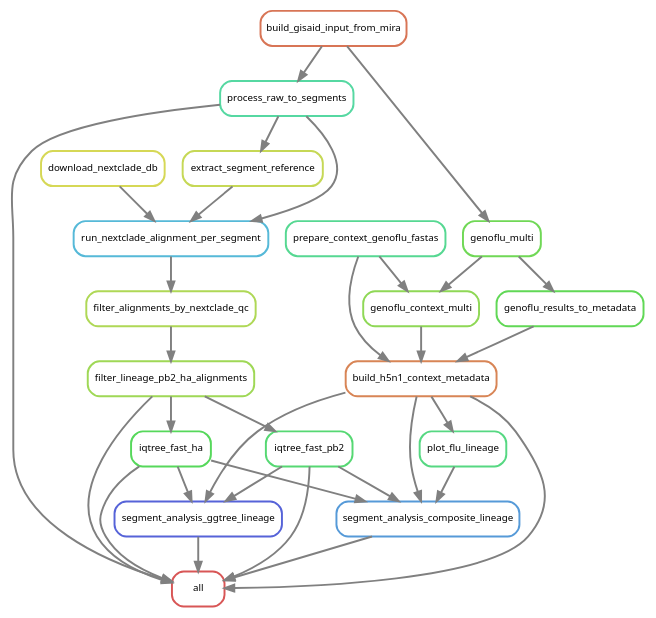
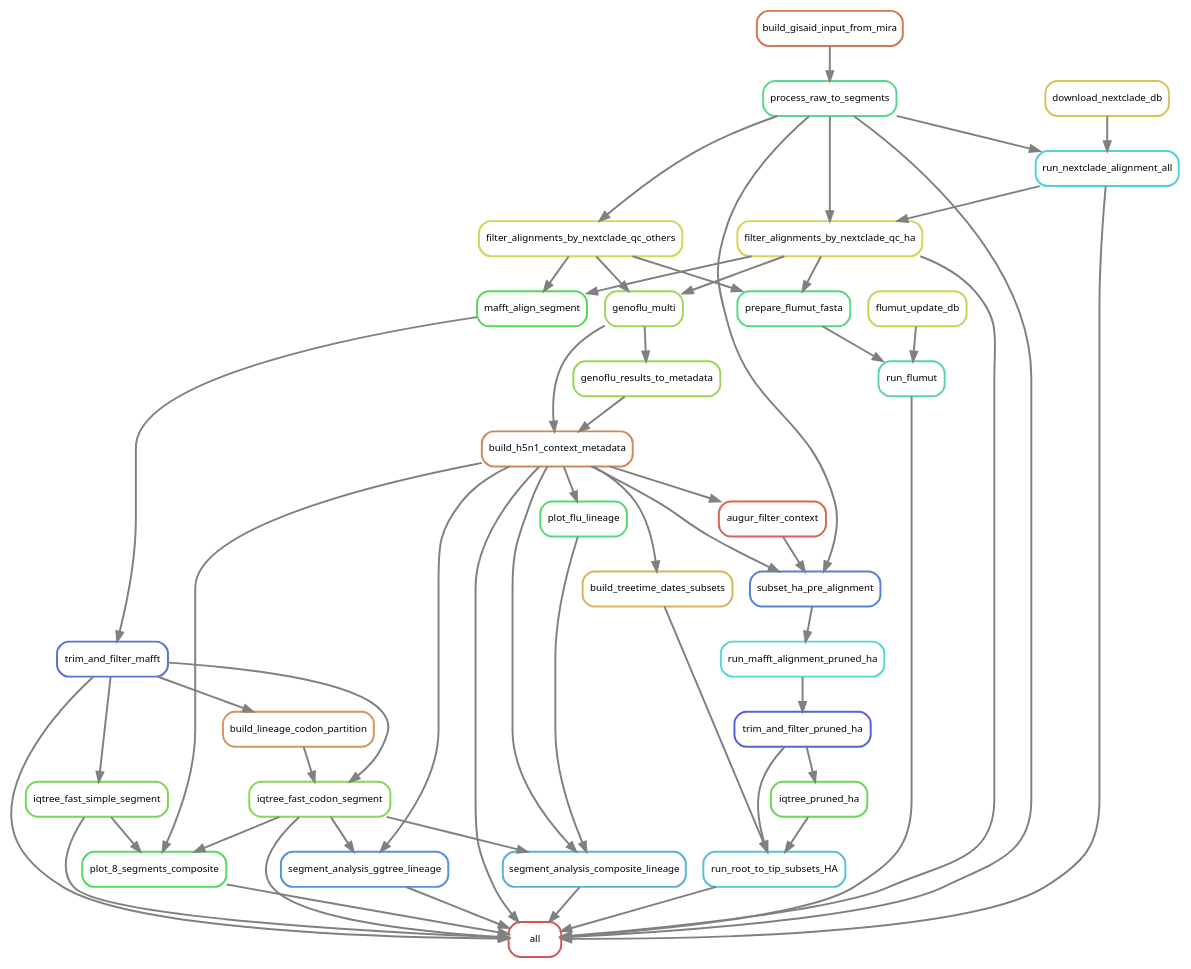
The diagram in analysis/pipeline_rulegraph.dot (Sebysemily/Flu), drawn with Graphviz before and after one commit. The commit also changed 132 other files, not shown here.

```diff
--- a/analysis/pipeline_rulegraph.dot
+++ b/analysis/pipeline_rulegraph.dot
@@ -1,54 +1,88 @@
 digraph snakemake_dag {
     graph[bgcolor=white, margin=0];
     node[shape=box, style=rounded, fontname=sans,                 fontsize=10, penwidth=2];
     edge[penwidth=2, color=grey];
 	0[label = "all", color = "0.00 0.6 0.85", style="rounded"];
-	1[label = "process_raw_to_segments", color = "0.43 0.6 0.85", style="rounded"];
+	1[label = "process_raw_to_segments", color = "0.41 0.6 0.85", style="rounded"];
 	2[label = "build_gisaid_input_from_mira", color = "0.04 0.6 0.85", style="rounded"];
-	3[label = "filter_lineage_pb2_ha_alignments", color = "0.24 0.6 0.85", style="rounded"];
-	4[label = "filter_alignments_by_nextclade_qc", color = "0.22 0.6 0.85", style="rounded"];
-	5[label = "run_nextclade_alignment_per_segment", color = "0.54 0.6 0.85", style="rounded"];
-	6[label = "download_nextclade_db", color = "0.17 0.6 0.85", style="rounded"];
-	7[label = "extract_segment_reference", color = "0.19 0.6 0.85", style="rounded"];
-	8[label = "iqtree_fast_ha", color = "0.34 0.6 0.85", style="rounded"];
-	9[label = "iqtree_fast_pb2", color = "0.37 0.6 0.85", style="rounded"];
-	10[label = "segment_analysis_ggtree_lineage", color = "0.65 0.6 0.85", style="rounded"];
-	11[label = "build_h5n1_context_metadata", color = "0.06 0.6 0.85", style="rounded"];
-	12[label = "genoflu_context_multi", color = "0.26 0.6 0.85", style="rounded"];
-	13[label = "prepare_context_genoflu_fastas", color = "0.41 0.6 0.85", style="rounded"];
-	14[label = "genoflu_multi", color = "0.30 0.6 0.85", style="rounded"];
-	15[label = "genoflu_results_to_metadata", color = "0.32 0.6 0.85", style="rounded"];
-	16[label = "segment_analysis_composite_lineage", color = "0.58 0.6 0.85", style="rounded"];
-	17[label = "plot_flu_lineage", color = "0.39 0.6 0.85", style="rounded"];
+	3[label = "trim_and_filter_mafft", color = "0.63 0.6 0.85", style="rounded"];
+	4[label = "mafft_align_segment", color = "0.33 0.6 0.85", style="rounded"];
+	5[label = "filter_alignments_by_nextclade_qc_others", color = "0.18 0.6 0.85", style="rounded"];
+	6[label = "filter_alignments_by_nextclade_qc_ha", color = "0.16 0.6 0.85", style="rounded"];
+	7[label = "run_nextclade_alignment_all", color = "0.51 0.6 0.85", style="rounded"];
+	8[label = "download_nextclade_db", color = "0.14 0.6 0.85", style="rounded"];
+	9[label = "segment_analysis_ggtree_lineage", color = "0.59 0.6 0.85", style="rounded"];
+	10[label = "iqtree_fast_codon_segment", color = "0.27 0.6 0.85", style="rounded"];
+	11[label = "build_lineage_codon_partition", color = "0.08 0.6 0.85", style="rounded"];
+	12[label = "build_h5n1_context_metadata", color = "0.06 0.6 0.85", style="rounded"];
+	13[label = "genoflu_multi", color = "0.24 0.6 0.85", style="rounded"];
+	14[label = "genoflu_results_to_metadata", color = "0.25 0.6 0.85", style="rounded"];
+	15[label = "segment_analysis_composite_lineage", color = "0.55 0.6 0.85", style="rounded"];
+	16[label = "plot_flu_lineage", color = "0.37 0.6 0.85", style="rounded"];
+	17[label = "iqtree_fast_simple_segment", color = "0.29 0.6 0.85", style="rounded"];
+	18[label = "plot_8_segments_composite", color = "0.35 0.6 0.85", style="rounded"];
+	19[label = "run_root_to_tip_subsets_HA", color = "0.53 0.6 0.85", style="rounded"];
+	20[label = "iqtree_pruned_ha", color = "0.31 0.6 0.85", style="rounded"];
+	21[label = "trim_and_filter_pruned_ha", color = "0.65 0.6 0.85", style="rounded"];
+	22[label = "run_mafft_alignment_pruned_ha", color = "0.49 0.6 0.85", style="rounded"];
+	23[label = "subset_ha_pre_alignment", color = "0.61 0.6 0.85", style="rounded"];
+	24[label = "augur_filter_context", color = "0.02 0.6 0.85", style="rounded"];
+	25[label = "build_treetime_dates_subsets", color = "0.12 0.6 0.85", style="rounded"];
+	26[label = "run_flumut", color = "0.43 0.6 0.85", style="rounded"];
+	27[label = "prepare_flumut_fasta", color = "0.39 0.6 0.85", style="rounded"];
+	28[label = "flumut_update_db", color = "0.20 0.6 0.85", style="rounded"];
+	26 -> 0
+	18 -> 0
+	12 -> 0
 	1 -> 0
-	11 -> 0
-	16 -> 0
+	7 -> 0
+	15 -> 0
+	19 -> 0
+	6 -> 0
+	17 -> 0
+	10 -> 0
 	9 -> 0
-	10 -> 0
 	3 -> 0
-	8 -> 0
 	2 -> 1
 	4 -> 3
 	5 -> 4
+	6 -> 4
 	1 -> 5
-	7 -> 5
-	6 -> 5
+	7 -> 6
+	1 -> 6
+	8 -> 7
 	1 -> 7
-	3 -> 8
-	3 -> 9
+	10 -> 9
+	12 -> 9
+	3 -> 10
 	11 -> 10
-	8 -> 10
-	9 -> 10
-	12 -> 11
-	15 -> 11
-	13 -> 11
+	3 -> 11
+	13 -> 12
 	14 -> 12
-	13 -> 12
-	2 -> 14
-	14 -> 15
-	11 -> 16
-	8 -> 16
-	9 -> 16
-	17 -> 16
-	11 -> 17
+	5 -> 13
+	6 -> 13
+	13 -> 14
+	16 -> 15
+	10 -> 15
+	12 -> 15
+	12 -> 16
+	3 -> 17
+	10 -> 18
+	17 -> 18
+	12 -> 18
+	21 -> 19
+	25 -> 19
+	20 -> 19
+	21 -> 20
+	22 -> 21
+	23 -> 22
+	24 -> 23
+	12 -> 23
+	1 -> 23
+	12 -> 24
+	12 -> 25
+	28 -> 26
+	27 -> 26
+	5 -> 27
+	6 -> 27
 }            
```
